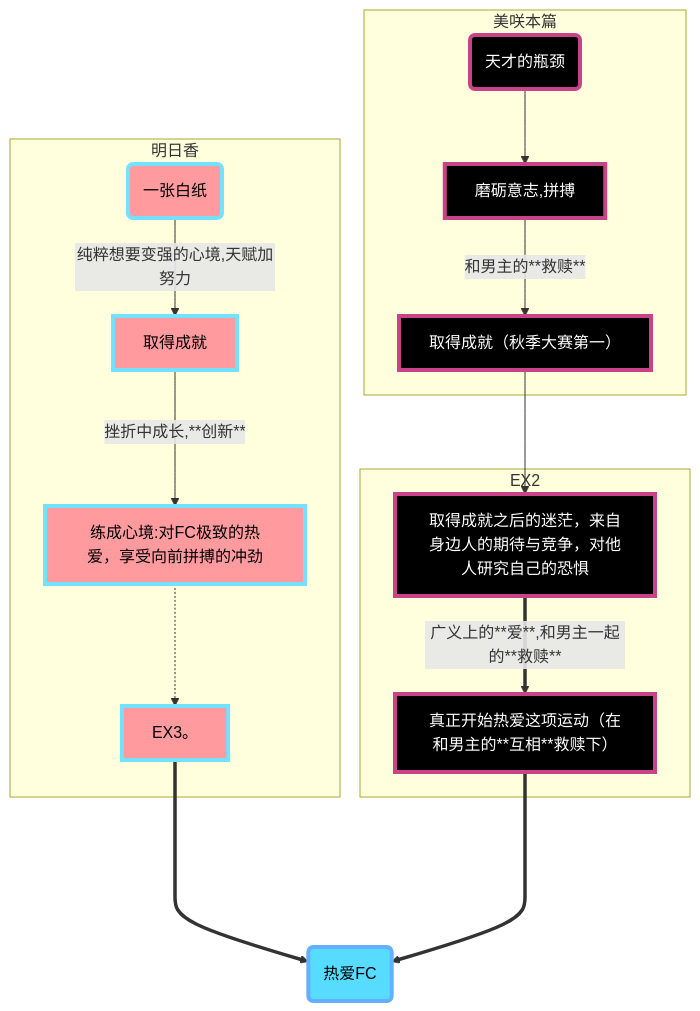
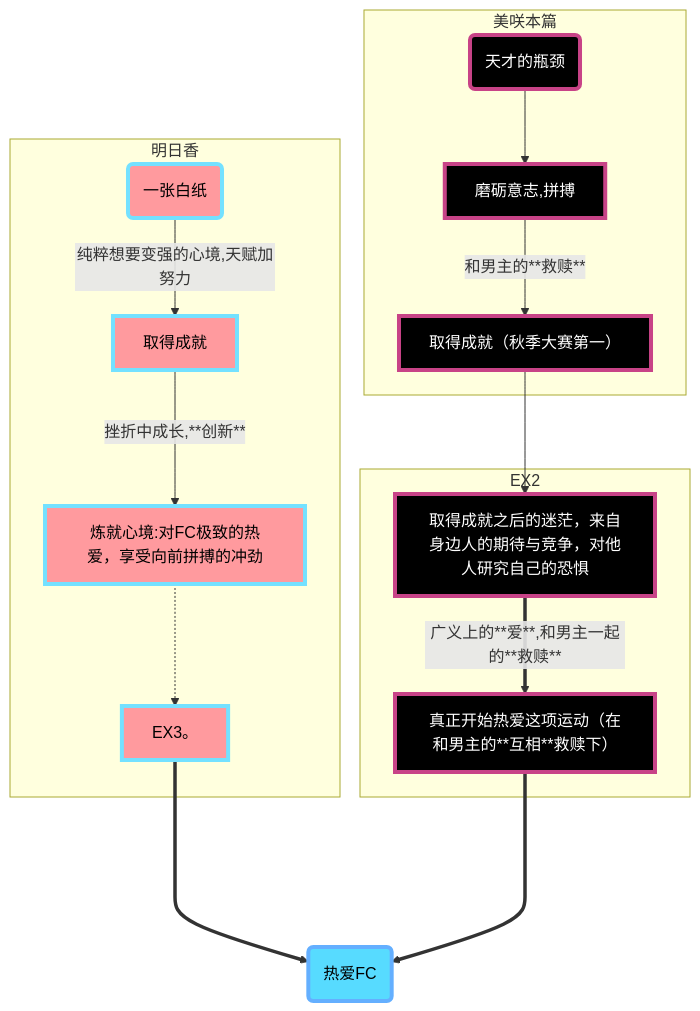
Before and after one commit to FSF0912/GalgamePlay: the diagram in Sprite/Aokana/Aokana.md, drawn with Mermaid. The commit also changed other lines of this file, not shown here.

````diff
--- a/Sprite/Aokana/Aokana.md
+++ b/Sprite/Aokana/Aokana.md
@@ -22,29 +22,29 @@
 ```mermaid
 	graph TD
 	%% style
     classDef asuka_style fill:#ff9a9e,stroke:#74E1FF,stroke-width:4px,color:black;
 	classDef misaki_style fill:#000000,stroke:#c84387,stroke-width:4px,color:white;
 	classDef final_style fill:#57dbff,stroke:#64afff,stroke-width:4px,color:black;
 	
 	subgraph Asuka [明日香]
-	A(一张白纸) --纯粹想要变强的心境,天赋加努力--> B[取得成就] --挫折中成长,**创新**--> C[练成心境:对FC极致的热爱，享受向前拼搏的冲劲] -.-> D[EX3。]
+	A(一张白纸) --纯粹想要变强的心境,天赋加努力--> B[取得成就] --挫折中成长,**创新**--> C[炼就心境:对FC极致的热爱，享受向前拼搏的冲劲] -.-> D[EX3。]
 	end
 	D ====> FINAL
 
 	subgraph Misaki_1 [美咲本篇]
 	E("天才的瓶颈") --> F[磨砺意志,拼搏] --和男主的**救赎**--> G[取得成就（秋季大赛第一）]
 	end
 	G --> H
 	subgraph Misaki_EX2 [EX2]
 	H[取得成就之后的迷茫，来自身边人的期待与竞争，对他人研究自己的恐惧] ==广义上的**爱**,和男主一起的**救赎**==> I[真正开始热爱这项运动（在和男主的**互相**救赎下）]
 	end 
 	I ====> FINAL
 
 	%%final
 	FINAL(热爱FC)
 
 	%%style giver
 	class A,B,C,D asuka_style
 	class E,F,G,H,I misaki_style
 	class FINAL final_style
 ```
````
